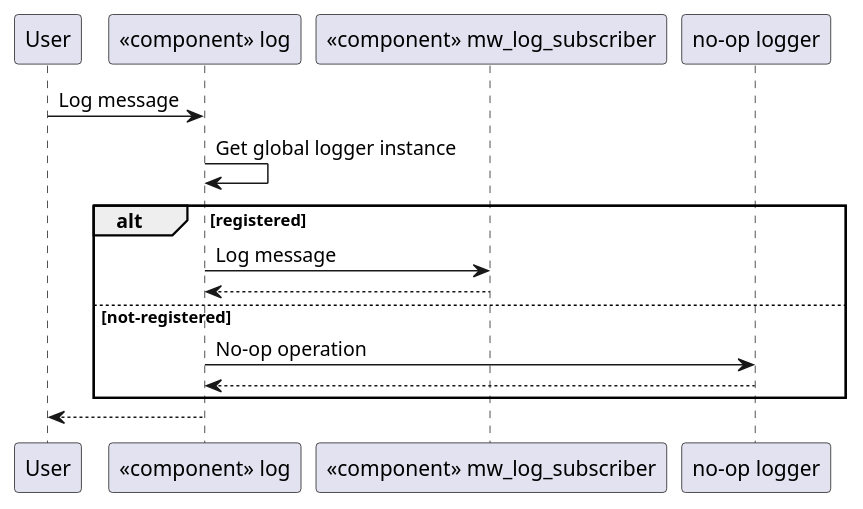
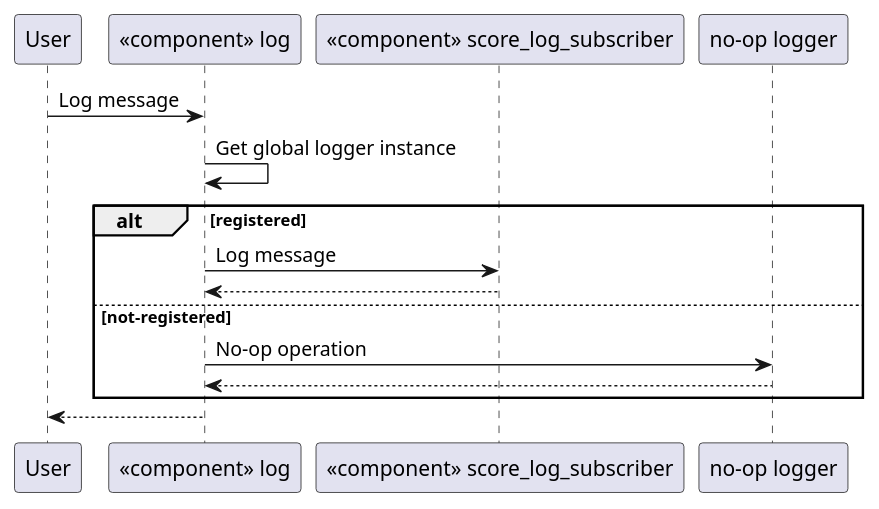
The diagram in docs/baselibs_rust/log/architecture/_assets/log_with_global_logger.puml (eclipse-score/baselibs_rust), drawn with PlantUML before and after one commit. The commit also changed 44 other files, not shown here.

First line of the commit message:
log: rename `mw_log` to `score_log`

```diff
--- a/docs/baselibs_rust/log/architecture/_assets/log_with_global_logger.puml
+++ b/docs/baselibs_rust/log/architecture/_assets/log_with_global_logger.puml
@@ -1,22 +1,22 @@
 @startuml log_with_global_logger
 
 participant "User" as actor
 participant "<<component>> log" as frontend
-participant "<<component>> mw_log_subscriber" as backend
+participant "<<component>> score_log_subscriber" as backend
 participant "no-op logger" as nop_logger
 
 actor -> frontend : Log message
 
 frontend -> frontend : Get global logger instance
 
 alt registered
     frontend -> backend : Log message
     backend --> frontend
 else not-registered
     frontend -> nop_logger : No-op operation
     nop_logger --> frontend
 end
 
 frontend --> actor
 
 @enduml
```
